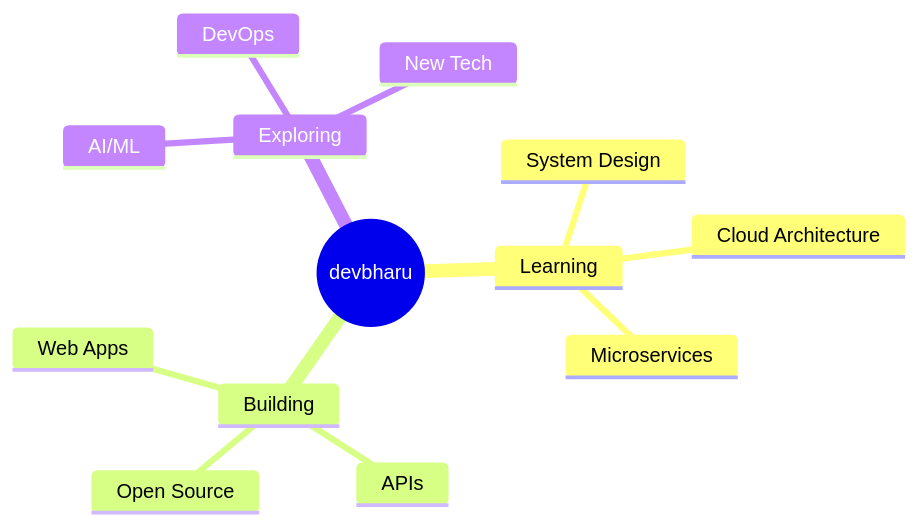
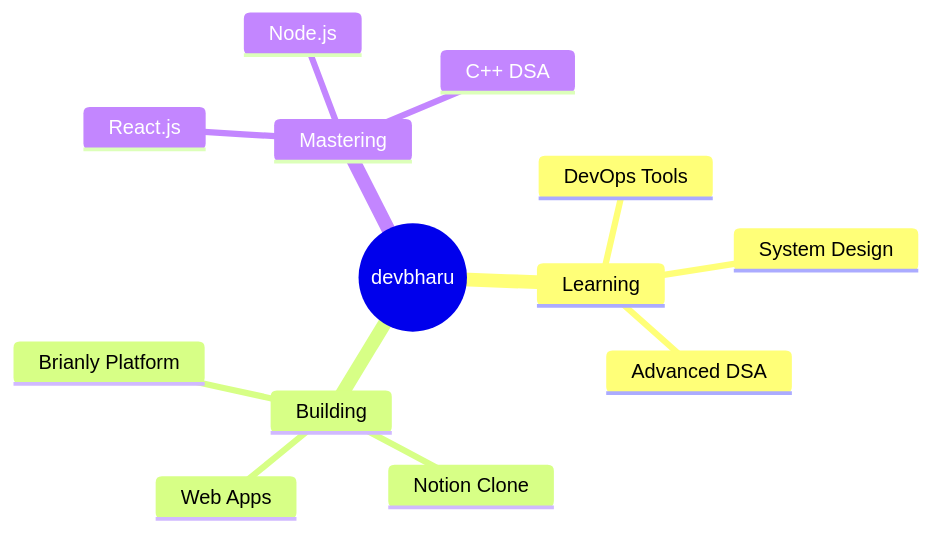
Before and after one commit to devbharu/devbharu: the diagram in Readme.md, drawn with Mermaid. The commit also changed other lines of this file, not shown here.

````diff
--- a/Readme.md
+++ b/Readme.md
@@ -152,16 +187,16 @@
 ```mermaid
 mindmap
   root((devbharu))
     Learning
+      DevOps Tools
       System Design
-      Cloud Architecture
-      Microservices
+      Advanced DSA
     Building
+      Brianly Platform
+      Notion Clone
       Web Apps
-      APIs
-      Open Source
-    Exploring
-      AI/ML
-      DevOps
-      New Tech
+    Mastering
+      React.js
+      Node.js
+      C++ DSA
 ```
````
